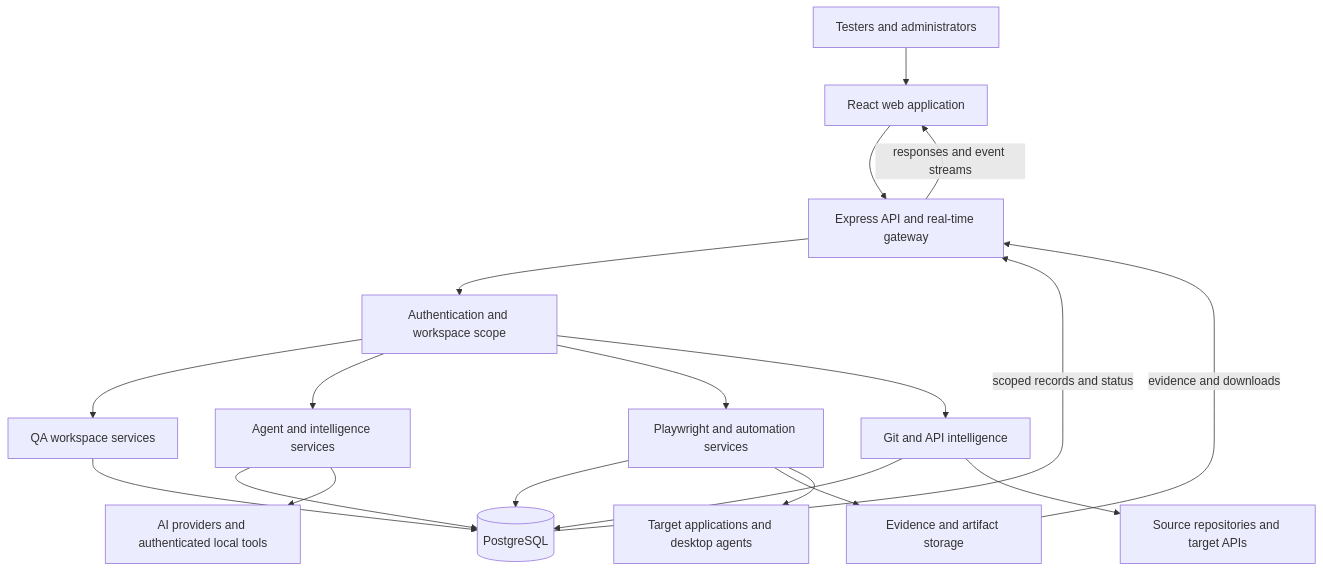
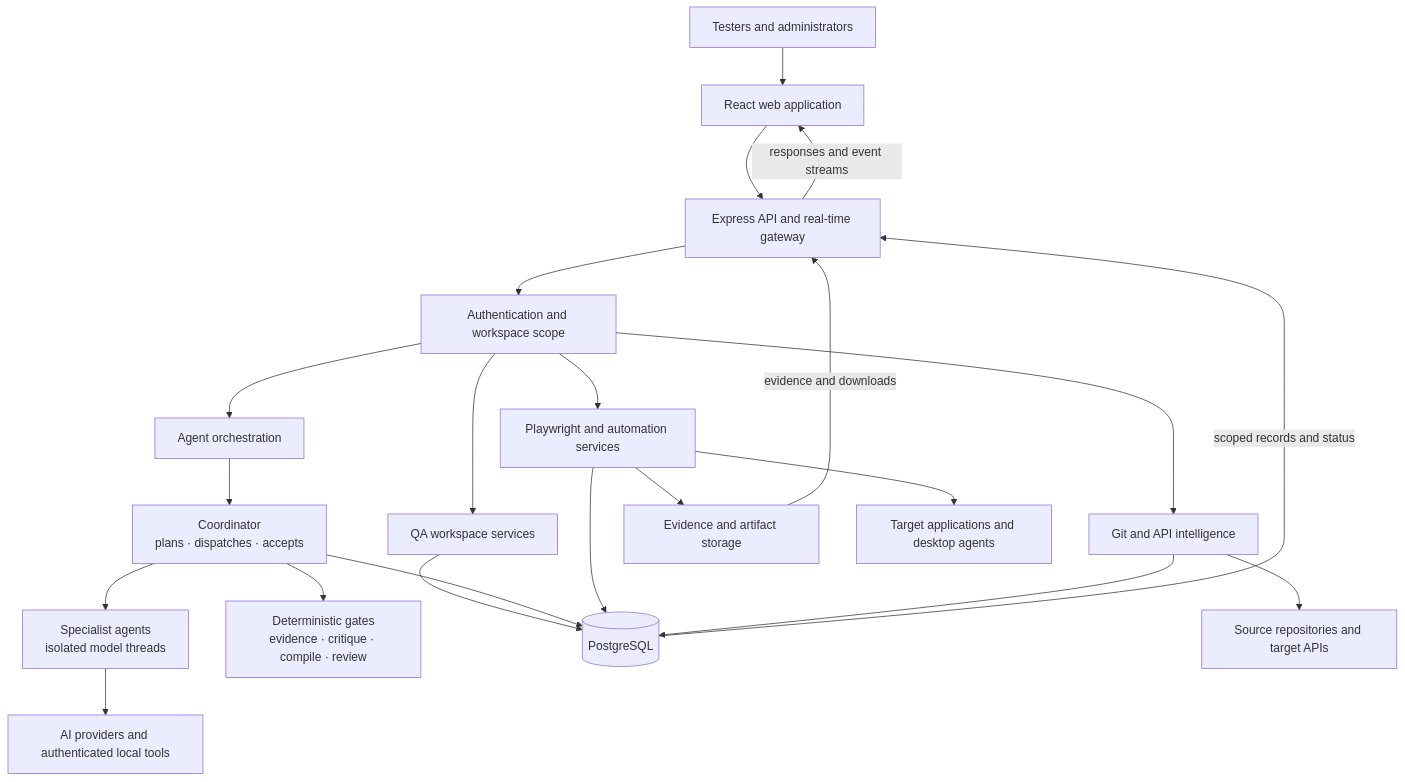
Before and after one commit to srinivasravula18/core-platform-automation: the second of 6 diagrams in docs/application-guide.md, drawn with Mermaid. The commit also changed other lines of this file and 136 other files, not shown here.

````diff
--- a/docs/application-guide.md
+++ b/docs/application-guide.md
@@ -215,25 +215,29 @@
 ```mermaid
 flowchart TB
     People["Testers and administrators"] --> Web["React web application"]
     Web --> API["Express API and real-time gateway"]
 
     API --> Scope["Authentication and workspace scope"]
     Scope --> QA["QA workspace services"]
-    Scope --> AI["Agent and intelligence services"]
+    Scope --> Orch["Agent orchestration"]
     Scope --> Exec["Playwright and automation services"]
     Scope --> Source["Git and API intelligence"]
 
+    Orch --> Coord["Coordinator<br/>plans · dispatches · accepts"]
+    Coord --> Specialists["Specialist agents<br/>isolated model threads"]
+    Coord --> Gates["Deterministic gates<br/>evidence · critique · compile · review"]
+    Specialists --> Providers["AI providers and authenticated local tools"]
+
     QA --> DB[("PostgreSQL")]
-    AI --> DB
+    Coord --> DB
     Exec --> DB
     Source --> DB
 
     Exec --> Files["Evidence and artifact storage"]
-    AI --> Providers["AI providers and authenticated local tools"]
     Source --> Repos["Source repositories and target APIs"]
     Exec --> Apps["Target applications and desktop agents"]
 
     DB -- "scoped records and status" --> API
     Files -- "evidence and downloads" --> API
     API -- "responses and event streams" --> Web
 ```
````
